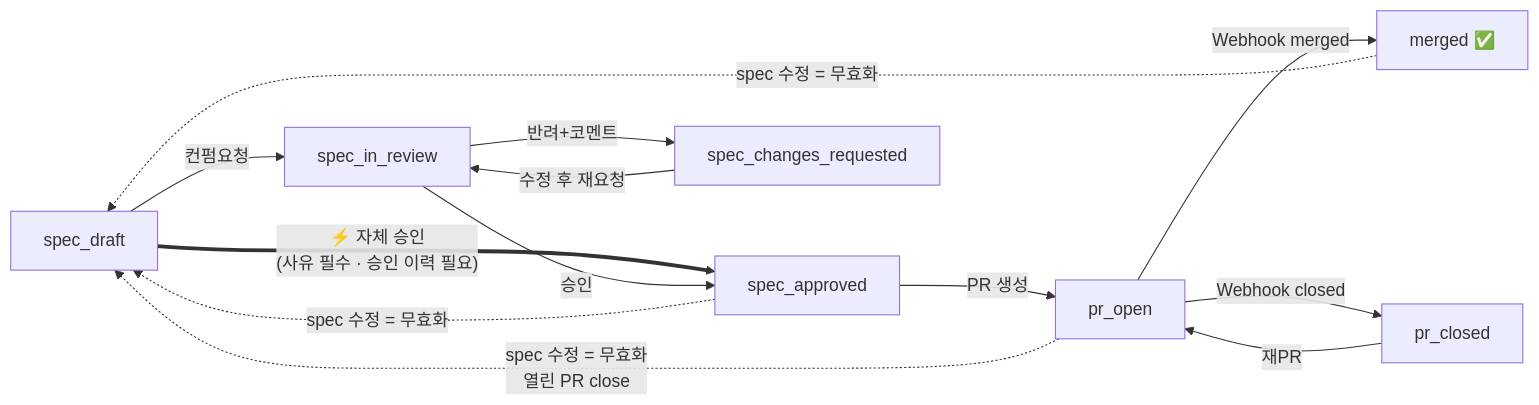
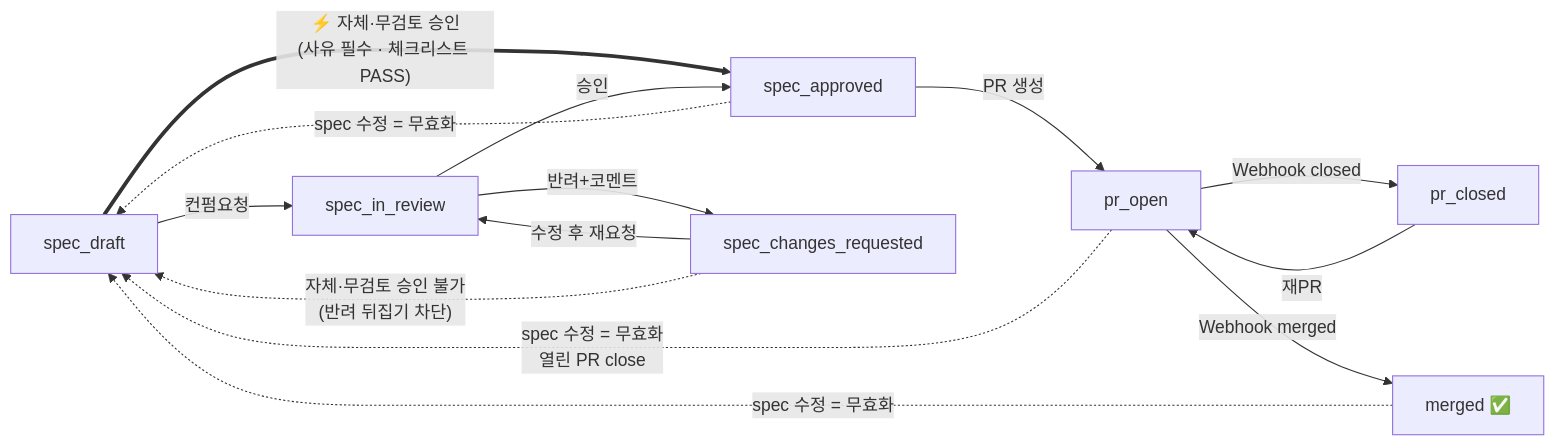
Before and after one commit to mash-up-kr/mino-android-spec-center: the first of 2 diagrams in docs/design/state-machine.md, drawn with Mermaid. The commit also changed other lines of this file and 17 other files, not shown here.

````diff
--- a/docs/design/state-machine.md
+++ b/docs/design/state-machine.md
@@ -103,15 +139,16 @@
 ```mermaid
 flowchart LR
     draft["spec_draft"] -->|컨펌요청| review["spec_in_review"]
-    draft ==>|"⚡ 자체 승인<br/>(사유 필수 · 승인 이력 필요)"| approved["spec_approved"]
+    draft ==>|"⚡ 자체·무검토 승인<br/>(사유 필수 · 체크리스트 PASS)"| approved["spec_approved"]
     review -->|승인| approved
     review -->|반려+코멘트| changes["spec_changes_requested"]
     changes -->|수정 후 재요청| review
+    changes -.->|"자체·무검토 승인 불가<br/>(반려 뒤집기 차단)"| draft
     approved -->|PR 생성| pr["pr_open"]
     pr -->|Webhook merged| merged["merged ✅"]
     pr -->|Webhook closed| closed["pr_closed"]
     closed -->|재PR| pr
     approved -.->|spec 수정 = 무효화| draft
     pr -.->|spec 수정 = 무효화<br/>열린 PR close| draft
     merged -.->|spec 수정 = 무효화| draft
 ```
````
